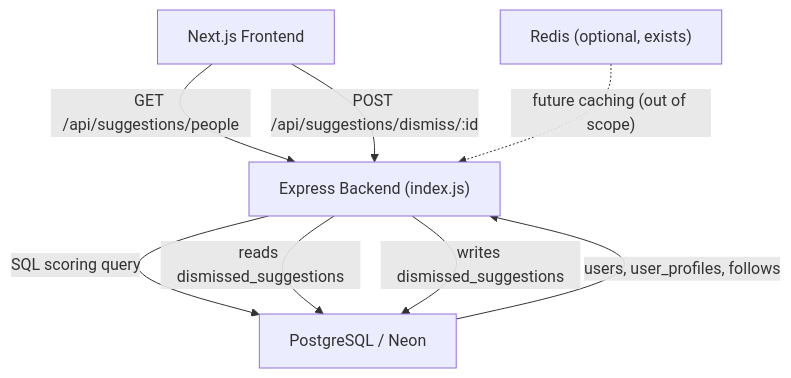
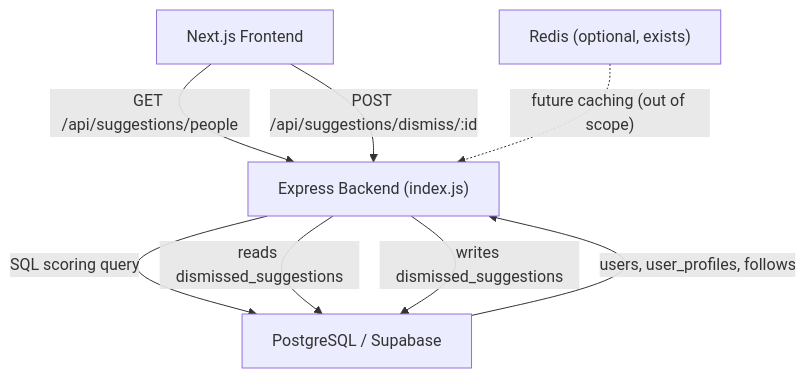
One commit to sentflix01/empire-x changed the diagram in implementation plan/friend-suggestions/design.md. Above: the diagram before and after it, drawn with Mermaid. The commit also changed other lines of this file and 106 other files, not shown here.

````diff
--- a/implementation plan/friend-suggestions/design.md
+++ b/implementation plan/friend-suggestions/design.md
@@ -16,15 +16,15 @@
 ```mermaid
 graph TD
     Client["Next.js Frontend"]
     API["Express Backend (index.js)"]
-    DB["PostgreSQL / Neon"]
+    DB["PostgreSQL / Supabase"]
     Redis["Redis (optional, exists)"]
 
     Client -->|"GET /api/suggestions/people"| API
     Client -->|"POST /api/suggestions/dismiss/:id"| API
     API -->|"SQL scoring query"| DB
     API -->|"reads dismissed_suggestions"| DB
     API -->|"writes dismissed_suggestions"| DB
     DB -->|"users, user_profiles, follows"| API
     Redis -.->|"future caching (out of scope)"| API
 ```
````
